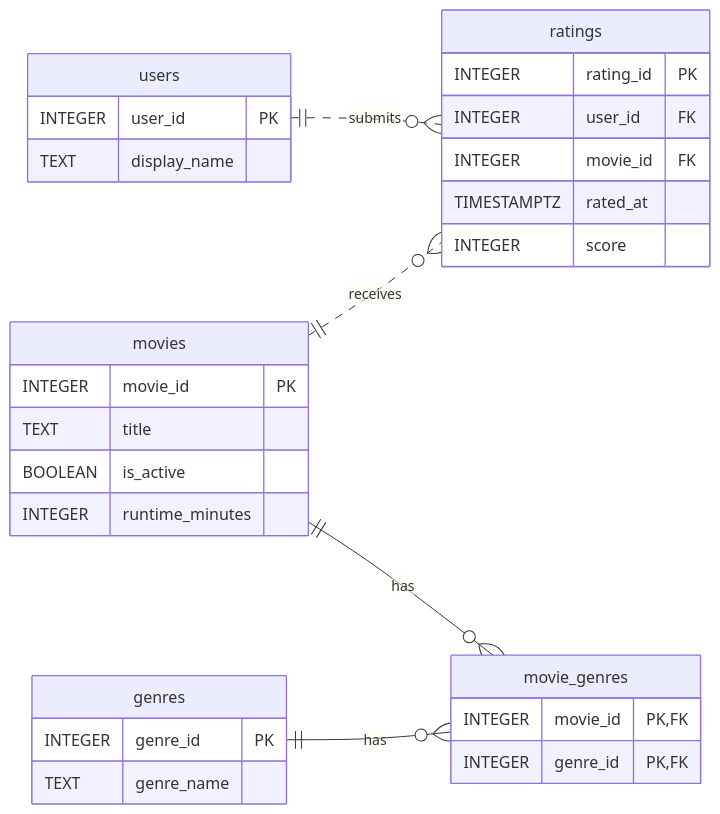
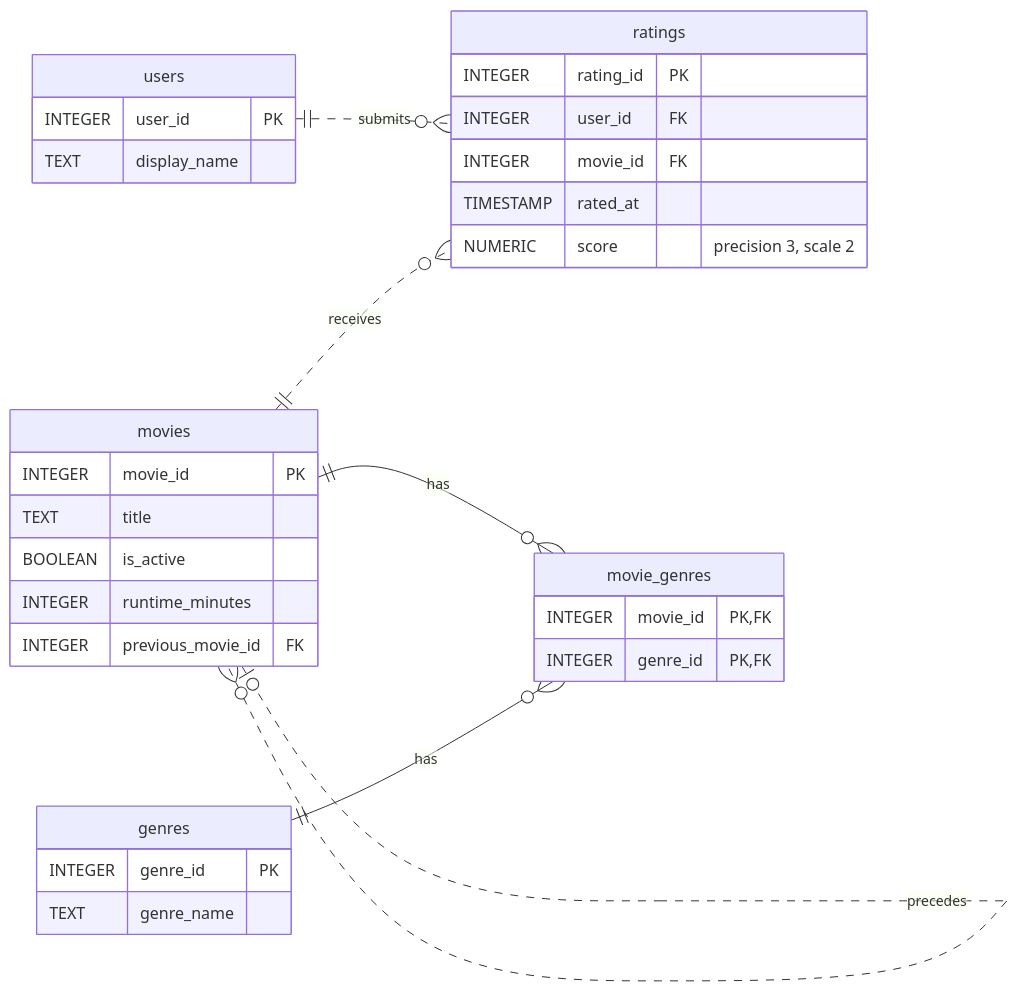
The diagram in schema/erd.mmd (azaitsev2003/ex603-movie-tv-database), drawn with Mermaid before and after one commit. The commit also changed 1 other file, not shown here.

Commit message:
Update ERD to match Unit 2 schema

```diff
--- a/schema/erd.mmd
+++ b/schema/erd.mmd
@@ -1,41 +1,43 @@
 ---
 config:
   fontFamily: Arial
 ---
 erDiagram
     direction LR
 
     users {
         INTEGER user_id PK
         TEXT display_name
     }
 
     movies {
         INTEGER movie_id PK
         TEXT title
         BOOLEAN is_active
         INTEGER runtime_minutes
+        INTEGER previous_movie_id FK
     }
 
     ratings {
         INTEGER rating_id PK
         INTEGER user_id FK
         INTEGER movie_id FK
-        TIMESTAMPTZ rated_at
-        INTEGER score
+        TIMESTAMP rated_at
+        NUMERIC score "precision 3, scale 2"
     }
 
     genres {
         INTEGER genre_id PK
         TEXT genre_name
     }
 
     movie_genres {
         INTEGER movie_id PK, FK
         INTEGER genre_id PK, FK
     }
 
     users ||..o{ ratings : submits
     movies ||..o{ ratings : receives
     movies ||--o{ movie_genres : has
     genres ||--o{ movie_genres : has
+    movies |o..o{ movies : precedes
```
